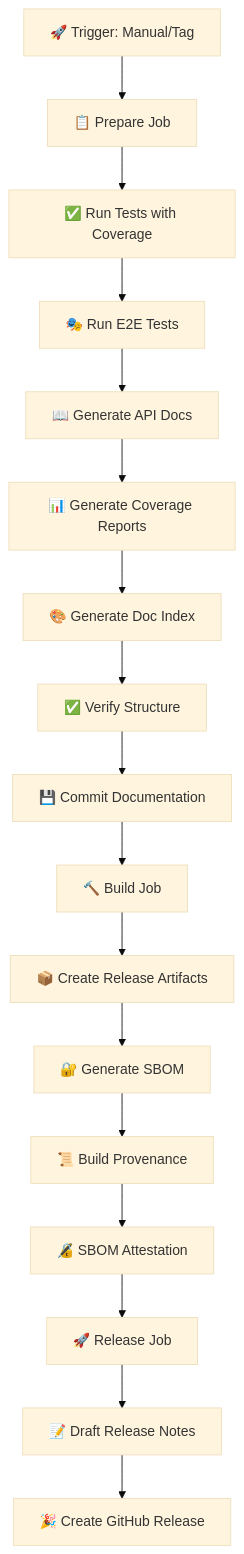
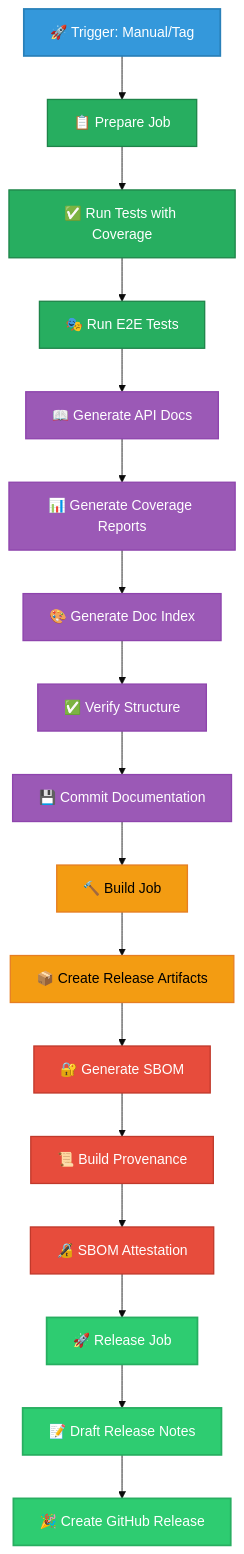
The sixth of 16 diagrams in docs/api/media/WORKFLOWS.md (Hack23/euparliamentmonitor), drawn with Mermaid (base theme) before and after one commit. The commit also changed other lines of this file and 1053 other files, not shown here.

````diff
--- a/docs/api/media/WORKFLOWS.md
+++ b/docs/api/media/WORKFLOWS.md
@@ -469,19 +637,33 @@
 ```mermaid
 graph TD
     A[🚀 Trigger: Manual/Tag] --> B[📋 Prepare Job]
     B --> C[✅ Run Tests with Coverage]
     C --> D[🎭 Run E2E Tests]
     D --> E[📖 Generate API Docs]
     E --> F[📊 Generate Coverage Reports]
     F --> G[🎨 Generate Doc Index]
     G --> H[✅ Verify Structure]
     H --> I[💾 Commit Documentation]
     I --> J[🔨 Build Job]
     J --> K[📦 Create Release Artifacts]
     K --> L[🔐 Generate SBOM]
     L --> M[📜 Build Provenance]
     M --> N[🔏 SBOM Attestation]
     N --> O[🚀 Release Job]
     O --> P[📝 Draft Release Notes]
     P --> Q[🎉 Create GitHub Release]
+
+    classDef trigger fill:#3498db,stroke:#2980b9,stroke-width:2px,color:white
+    classDef test fill:#27ae60,stroke:#1e8449,stroke-width:1.5px,color:white
+    classDef docs fill:#9b59b6,stroke:#8e44ad,stroke-width:1.5px,color:white
+    classDef build fill:#f39c12,stroke:#e67e22,stroke-width:1.5px,color:black
+    classDef security fill:#e74c3c,stroke:#c0392b,stroke-width:1.5px,color:white
+    classDef release fill:#2ecc71,stroke:#27ae60,stroke-width:2px,color:white
+
+    class A trigger
+    class B,C,D test
+    class E,F,G,H,I docs
+    class J,K build
+    class L,M,N security
+    class O,P,Q release
 ```
````
